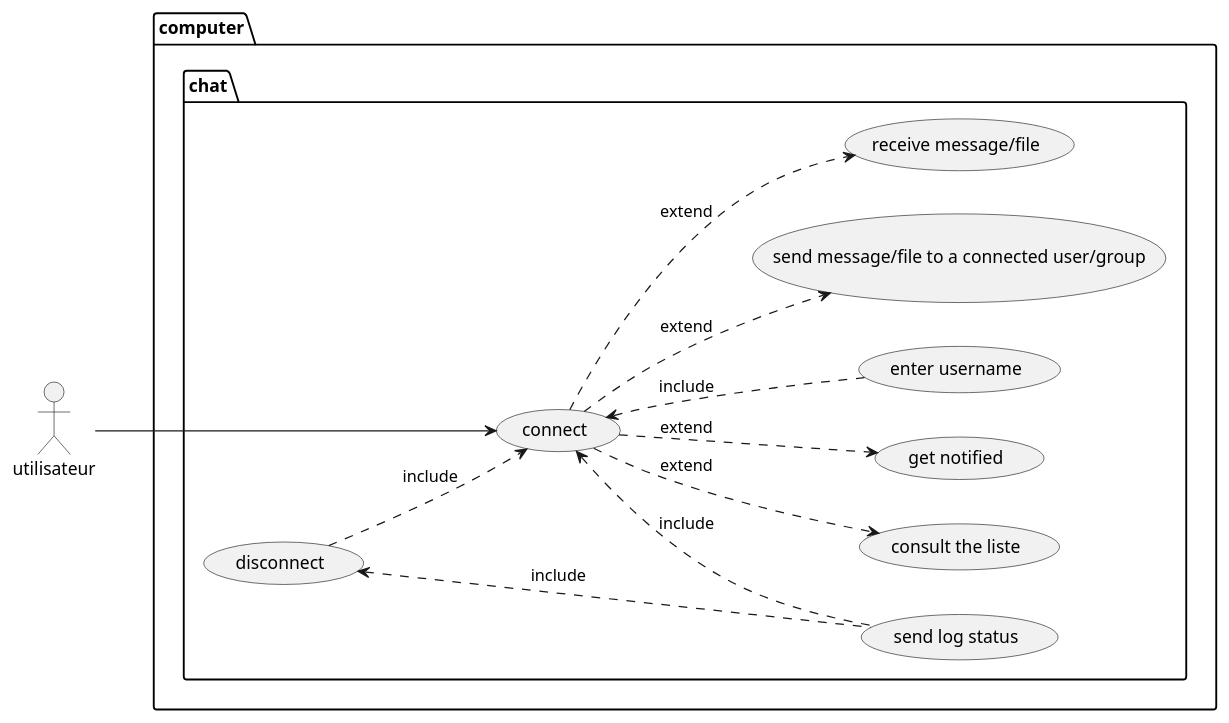
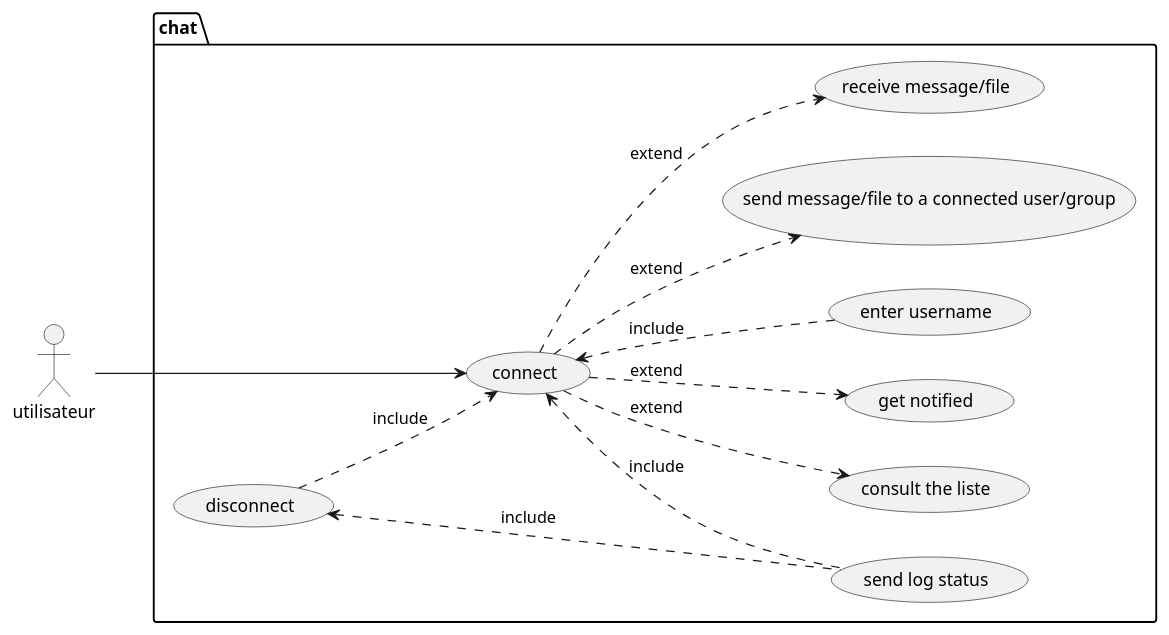
The diagram in usecase.puml (Stonks-Life-Inc/p2p-chat), drawn with PlantUML before and after one commit.

Commit message:
usecase.puml added

```diff
--- a/usecase.puml
+++ b/usecase.puml
@@ -1,26 +1,26 @@
 @startuml
 left to right direction
 actor utilisateur as u
-package computer{
-    package chat{
-        usecase "connect" as uc1
-        usecase "enter username" as uc2
-        usecase "send message/file to a connected user/group" as uc3
-        usecase "receive message/file" as uc4
-        usecase "consult the liste" as uc5
-        usecase "disconnect" as uc6
-        usecase "send log status" as uc7
-        usecase "get notified" as uc8
 
-        u ---> uc1
-        uc1 <.. uc7 : "include"
-        uc6 <.. uc7 : "include"
-        uc6 ..> uc1 : "include"
-        uc1 <.. uc2 : "include"
-        uc1 ..> uc3 : "extend"
-        uc1 ..> uc4 : "extend"
-        uc1 ..> uc5 : "extend"
-        uc1 ..> uc8 : "extend"
-    }
+package chat{
+usecase "connect" as uc1
+usecase "enter username" as uc2
+  usecase "send message/file to a connected user/group" as uc3
+usecase "receive message/file" as uc4
+usecase "consult the liste" as uc5
+usecase "disconnect" as uc6
+usecase "send log status" as uc7
+usecase "get notified" as uc8
+
+u ---> uc1
+uc1 <.. uc7 : "include"
+uc6 <.. uc7 : "include"
+uc6 ..> uc1 : "include"
+uc1 <.. uc2 : "include"
+uc1 ..> uc3 : "extend"
+uc1 ..> uc4 : "extend"
+uc1 ..> uc5 : "extend"
+uc1 ..> uc8 : "extend"
 }
+
 @enduml
```
